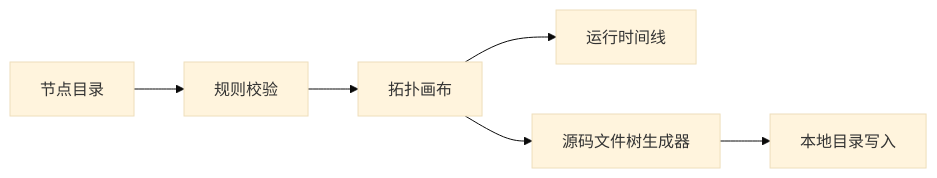
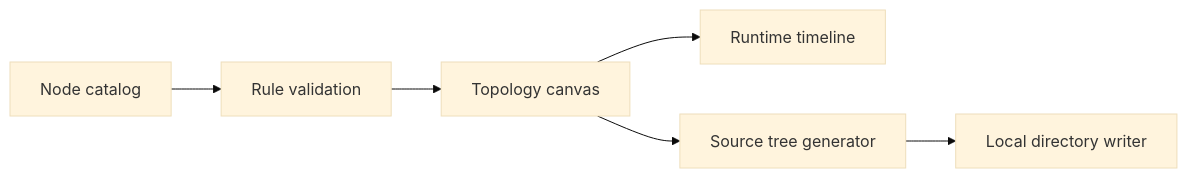
One commit to rebelning/ServiceSmith changed the diagram in README.md. Above: the diagram before and after it, drawn with Mermaid (base theme). The commit also changed other lines of this file and 13 other files, not shown here.

````diff
--- a/README.md
+++ b/README.md
@@ -69,8 +78,8 @@
 ```mermaid
 flowchart LR
-    Catalog[节点目录] --> Validation[规则校验]
-    Validation --> Canvas[拓扑画布]
-    Canvas --> Runtime[运行时间线]
-    Canvas --> Generator[源码文件树生成器]
-    Generator --> Directory[本地目录写入]
+    Catalog[Node catalog] --> Validation[Rule validation]
+    Validation --> Canvas[Topology canvas]
+    Canvas --> Runtime[Runtime timeline]
+    Canvas --> Generator[Source tree generator]
+    Generator --> Directory[Local directory writer]
 ```
````
